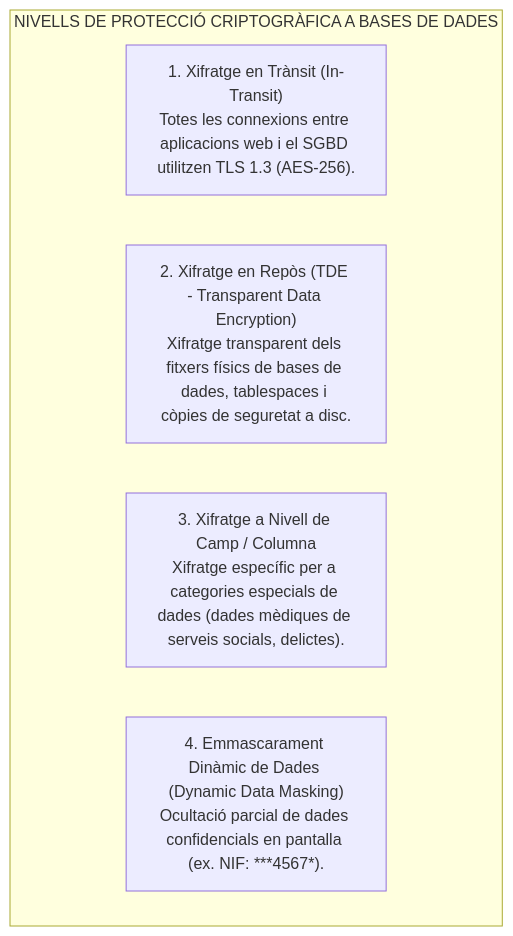
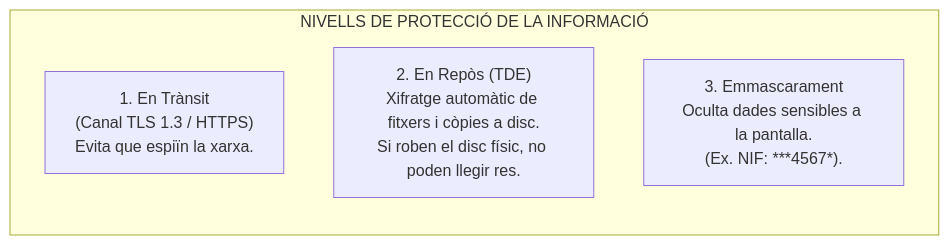
The second of 4 diagrams in part_especifica/bloc6_programacio_i_desenvolupament/74_bases_dades_integritat_acid_xifratge_distribuides_cap.md (oriolmapu/opo), drawn with Mermaid before and after one commit. The commit also changed other lines of this file and 1 other file, not shown here.

````diff
--- a/part_especifica/bloc6_programacio_i_desenvolupament/74_bases_dades_integritat_acid_xifratge_distribuides_cap.md
+++ b/part_especifica/bloc6_programacio_i_desenvolupament/74_bases_dades_integritat_acid_xifratge_distribuides_cap.md
@@ -36,9 +50,8 @@
 ```mermaid
-flowchart TD
-    subgraph SEGURETAT_BD["NIVELLS DE PROTECCIÓ CRIPTOGRÀFICA A BASES DE DADES"]
-        Transit["1. Xifratge en Trànsit (In-Transit)<br/>Totes les connexions entre aplicacions web i el SGBD utilitzen TLS 1.3 (AES-256)."]
-        AtRest["2. Xifratge en Repòs (TDE - Transparent Data Encryption)<br/>Xifratge transparent dels fitxers físics de bases de dades, tablespaces i còpies de seguretat a disc."]
-        Column["3. Xifratge a Nivell de Camp / Columna<br/>Xifratge específic per a categories especials de dades (dades mèdiques de serveis socials, delictes)."]
-        Masking["4. Emmascarament Dinàmic de Dades (Dynamic Data Masking)<br/>Ocultació parcial de dades confidencials en pantalla (ex. NIF: ***4567*)."]
+flowchart LR
+    subgraph SEGURETAT_PRATICA["NIVELLS DE PROTECCIÓ DE LA INFORMACIÓ"]
+        Transit["1. En Trànsit<br/>(Canal TLS 1.3 / HTTPS)<br/>Evita que espiïn la xarxa."]
+        AtRest["2. En Repòs (TDE)<br/>Xifratge automàtic de fitxers i còpies a disc.<br/>Si roben el disc físic, no poden llegir res."]
+        Masking["3. Emmascarament<br/>Oculta dades sensibles a la pantalla.<br/>(Ex. NIF: ***4567*)."]
     end
 ```
````
